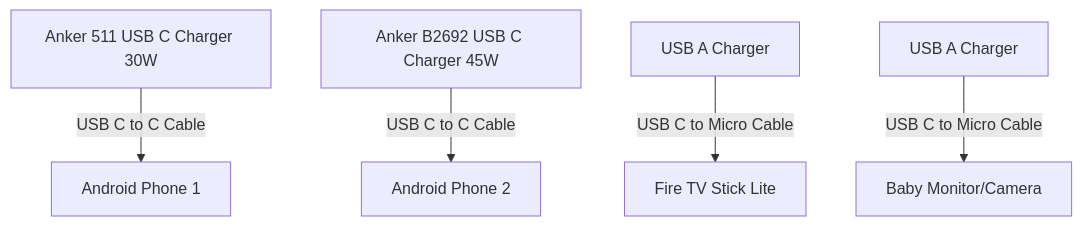
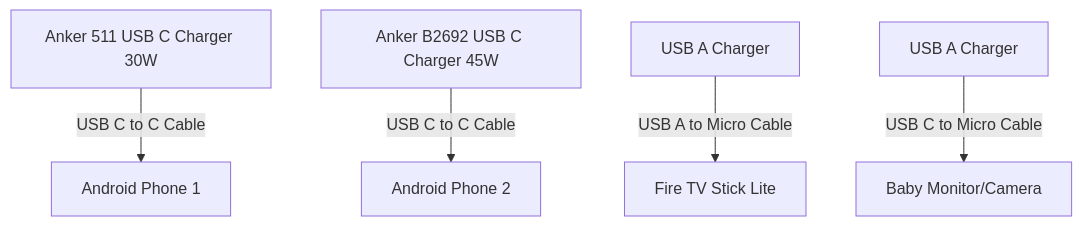
The second of 2 diagrams in docs/travel.md (nicholaswilde/homelab), drawn with Mermaid before and after one commit. The commit also changed other lines of this file, not shown here.

````diff
--- a/docs/travel.md
+++ b/docs/travel.md
@@ -40,16 +40,16 @@
 ``` mermaid
 graph TD
     Phone1["Android Phone 1"]
     Phone2["Android Phone 2"]
     Power1["Anker 511 USB C Charger 30W"]
     Power2["Anker B2692 USB C Charger 45W"]
     Power3["USB A Charger"]
     Power4["USB A Charger"]
     FireTV["Fire TV Stick Lite"]
     Monitor["Baby Monitor/Camera"]
 
     Power1 -- "USB C to C Cable" --> Phone1
     Power2 -- "USB C to C Cable" --> Phone2
-    Power3 -- "USB C to Micro Cable" --> FireTV
+    Power3 -- "USB A to Micro Cable" --> FireTV
     Power4 -- "USB C to Micro Cable" --> Monitor
 ```
````
